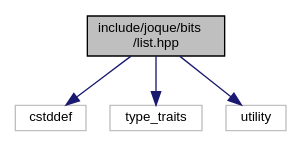
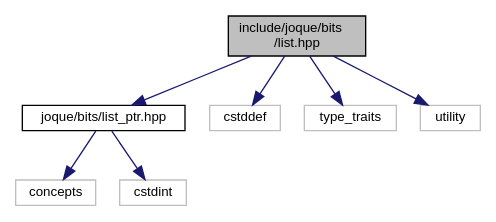
One commit to koniarik/joque changed the diagram in list_8hpp__incl.dot. Above: the diagram before and after it, drawn with Graphviz. The commit also changed 248 other files, not shown here.

```diff
--- a/list_8hpp__incl.dot
+++ b/list_8hpp__incl.dot
@@ -1,13 +1,19 @@
 digraph "include/joque/bits/list.hpp"
 {
  // LATEX_PDF_SIZE
   edge [fontname="Helvetica",fontsize="10",labelfontname="Helvetica",labelfontsize="10"];
   node [fontname="Helvetica",fontsize="10",shape=record];
   Node1 [label="include/joque/bits\l/list.hpp",height=0.2,width=0.4,color="black", fillcolor="grey75", style="filled", fontcolor="black",tooltip=" "];
   Node1 -> Node2 [color="midnightblue",fontsize="10",style="solid",fontname="Helvetica"];
-  Node2 [label="cstddef",height=0.2,width=0.4,color="grey75", fillcolor="white", style="filled",tooltip=" "];
-  Node1 -> Node3 [color="midnightblue",fontsize="10",style="solid",fontname="Helvetica"];
-  Node3 [label="type_traits",height=0.2,width=0.4,color="grey75", fillcolor="white", style="filled",tooltip=" "];
-  Node1 -> Node4 [color="midnightblue",fontsize="10",style="solid",fontname="Helvetica"];
-  Node4 [label="utility",height=0.2,width=0.4,color="grey75", fillcolor="white", style="filled",tooltip=" "];
+  Node2 [label="joque/bits/list_ptr.hpp",height=0.2,width=0.4,color="black", fillcolor="white", style="filled",URL="$list__ptr_8hpp.html",tooltip=" "];
+  Node2 -> Node3 [color="midnightblue",fontsize="10",style="solid",fontname="Helvetica"];
+  Node3 [label="concepts",height=0.2,width=0.4,color="grey75", fillcolor="white", style="filled",tooltip=" "];
+  Node2 -> Node4 [color="midnightblue",fontsize="10",style="solid",fontname="Helvetica"];
+  Node4 [label="cstdint",height=0.2,width=0.4,color="grey75", fillcolor="white", style="filled",tooltip=" "];
+  Node1 -> Node5 [color="midnightblue",fontsize="10",style="solid",fontname="Helvetica"];
+  Node5 [label="cstddef",height=0.2,width=0.4,color="grey75", fillcolor="white", style="filled",tooltip=" "];
+  Node1 -> Node6 [color="midnightblue",fontsize="10",style="solid",fontname="Helvetica"];
+  Node6 [label="type_traits",height=0.2,width=0.4,color="grey75", fillcolor="white", style="filled",tooltip=" "];
+  Node1 -> Node7 [color="midnightblue",fontsize="10",style="solid",fontname="Helvetica"];
+  Node7 [label="utility",height=0.2,width=0.4,color="grey75", fillcolor="white", style="filled",tooltip=" "];
 }
```
